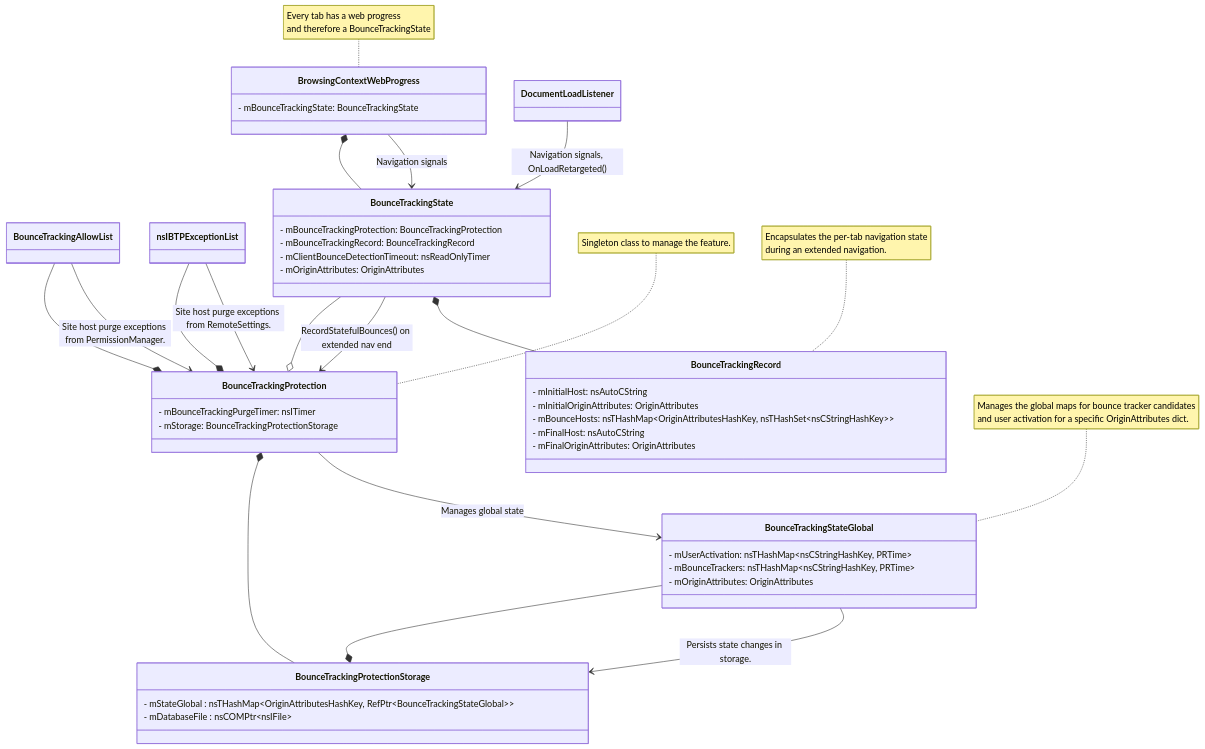
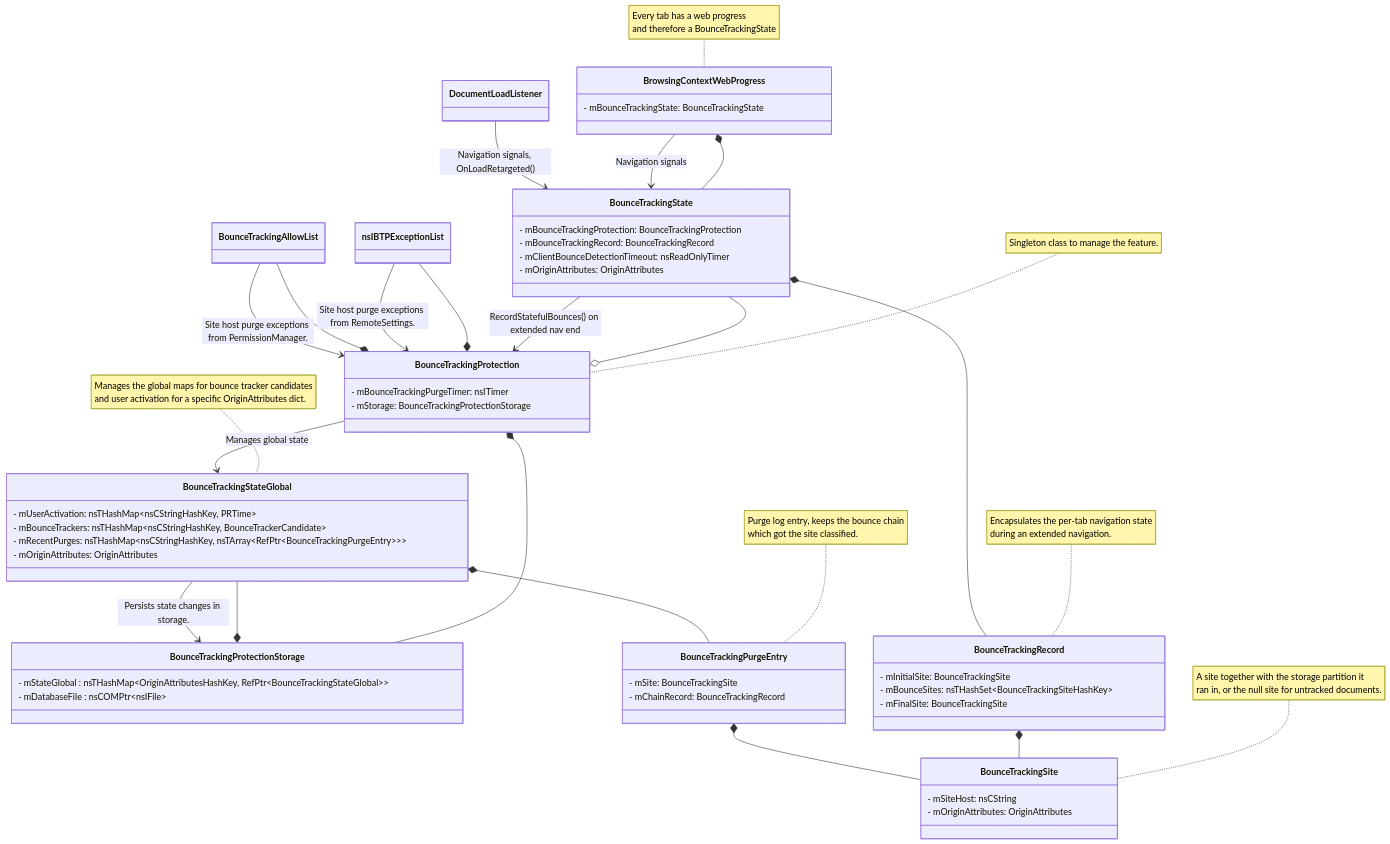
One commit to marco-c/gecko-dev-comments-removed changed the diagram in toolkit/components/antitracking/docs/bounce-tracking-protection/index.md. Above: the diagram before and after it, drawn with Mermaid. The commit also changed other lines of this file, not shown here.

Commit message:
Bug 2086715 - Update the Bounce Tracking Protection class diagram for BounceTrackingSite. r=bvandersloot

UltraBlame original commit: 520bce434140739570d28d9749483e11f5bbdaf9

```diff
--- a/toolkit/components/antitracking/docs/bounce-tracking-protection/index.md
+++ b/toolkit/components/antitracking/docs/bounce-tracking-protection/index.md
@@ -162,7 +162,8 @@
 
     class BounceTrackingStateGlobal {
         - mUserActivation: nsTHashMap&lt;nsCStringHashKey, PRTime&gt;
-        - mBounceTrackers: nsTHashMap&lt;nsCStringHashKey, PRTime&gt;
+        - mBounceTrackers: nsTHashMap&lt;nsCStringHashKey, BounceTrackerCandidate&gt;
+        - mRecentPurges: nsTHashMap&lt;nsCStringHashKey, nsTArray&lt;RefPtr&lt;BounceTrackingPurgeEntry&gt;&gt;&gt;
         - mOriginAttributes: OriginAttributes
     }
 
@@ -175,16 +176,30 @@
     }
 
 
+    class BounceTrackingPurgeEntry {
+        - mSite: BounceTrackingSite
+        - mChainRecord: BounceTrackingRecord
+    }
+
+    note for BounceTrackingPurgeEntry "Purge log entry, keeps the bounce chain
+                                       which got the site classified."
+
     class BounceTrackingRecord {
-        - mInitialHost: nsAutoCString
-        - mInitialOriginAttributes: OriginAttributes
-        - mBounceHosts: nsTHashMap&lt;OriginAttributesHashKey, nsTHashSet&lt;nsCStringHashKey&gt;&gt;
-        - mFinalHost: nsAutoCString
-        - mFinalOriginAttributes: OriginAttributes
+        - mInitialSite: BounceTrackingSite
+        - mBounceSites: nsTHashSet&lt;BounceTrackingSiteHashKey&gt;
+        - mFinalSite: BounceTrackingSite
     }
 
     note for BounceTrackingRecord "Encapsulates the per-tab navigation state
                                    during an extended navigation."
+
+    class BounceTrackingSite {
+        - mSiteHost: nsCString
+        - mOriginAttributes: OriginAttributes
+    }
+
+    note for BounceTrackingSite "A site together with the storage partition it
+                                 ran in, or the null site for untracked documents."
 
     class BounceTrackingState {
         - mBounceTrackingProtection: BounceTrackingProtection
@@ -210,6 +225,9 @@
     BounceTrackingState --o BounceTrackingProtection
     BounceTrackingState --> BounceTrackingProtection : RecordStatefulBounces() on extended nav end
     BounceTrackingState *-- BounceTrackingRecord
+    BounceTrackingRecord *-- BounceTrackingSite
+    BounceTrackingPurgeEntry *-- BounceTrackingSite
+    BounceTrackingStateGlobal *-- BounceTrackingPurgeEntry
     BrowsingContextWebProgress *-- BounceTrackingState
     BounceTrackingStateGlobal --* BounceTrackingProtectionStorage
     BounceTrackingStateGlobal --> BounceTrackingProtectionStorage : Persists state changes in storage.
```
